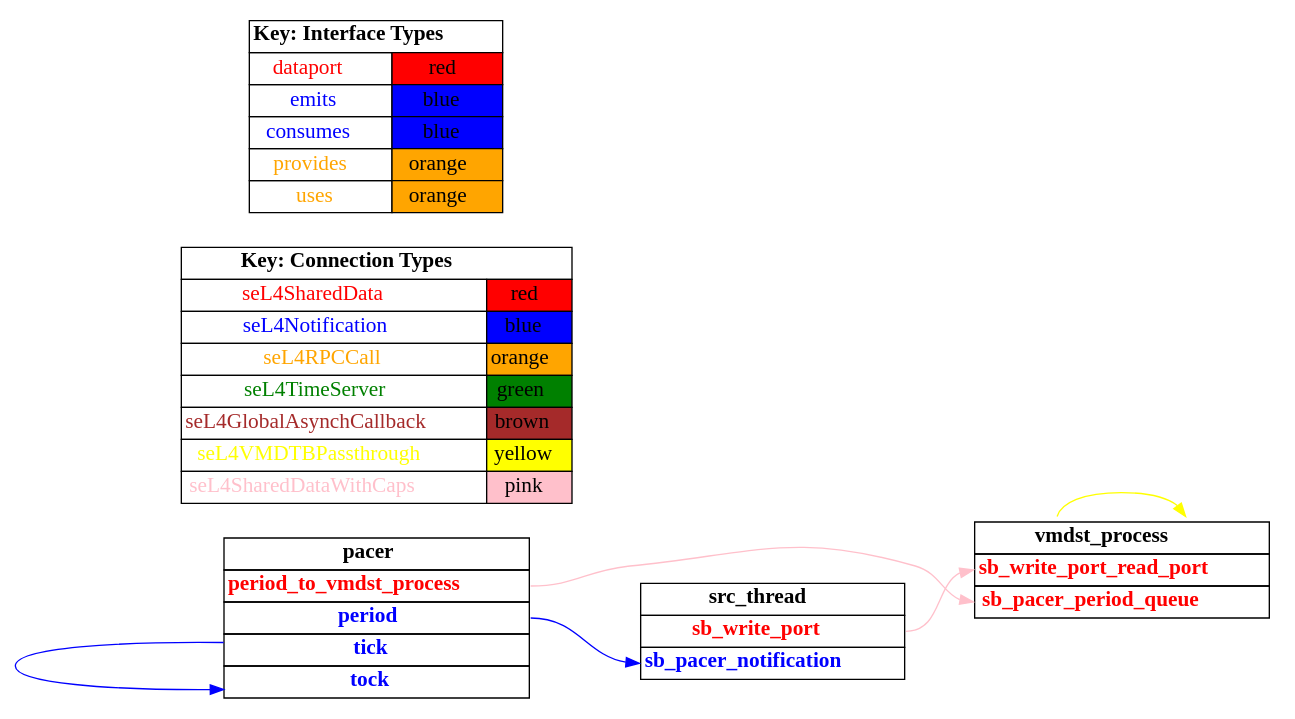
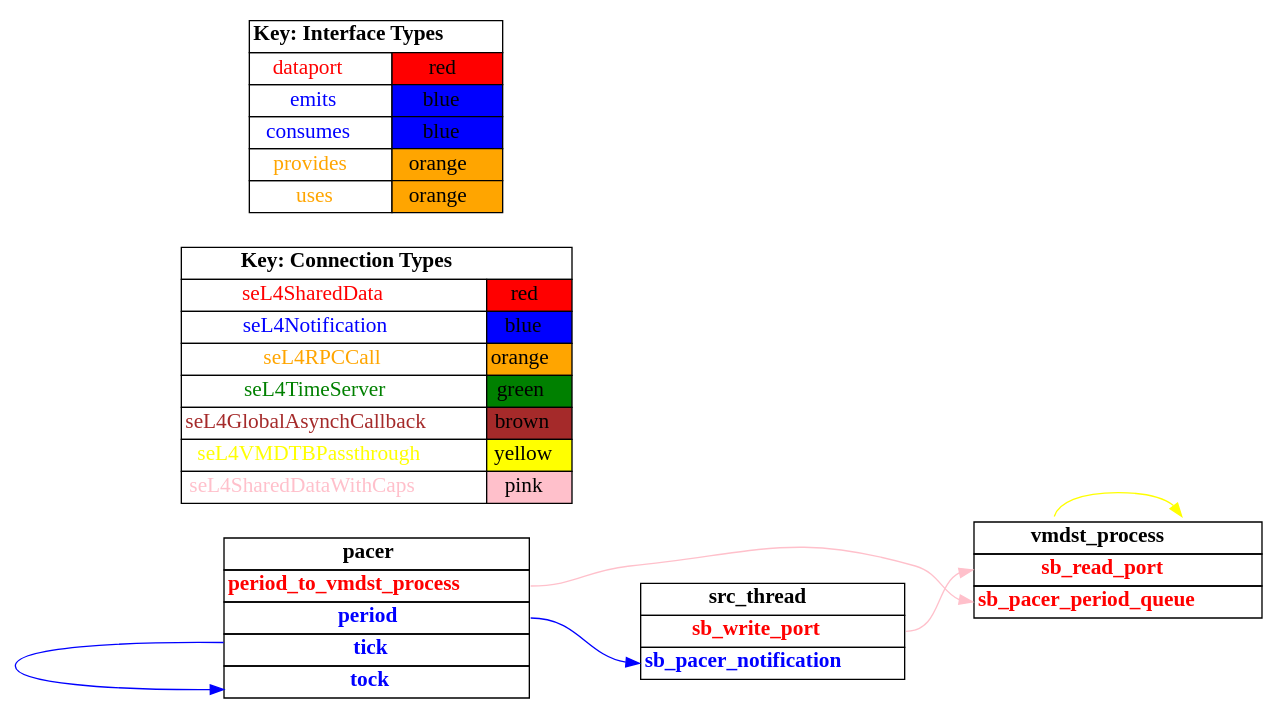
The diagram in TA5/tool-evaluation-4/HAMR/examples/test_data_port_periodic_domains_VM/receiver_vm/CAmkES_seL4_Only/graph_simple.dot (loonwerks/CASE), drawn with Graphviz before and after one commit. The commit also changed 101 other files, not shown here.

```diff
--- a/TA5/tool-evaluation-4/HAMR/examples/test_data_port_periodic_domains_VM/receiver_vm/CAmkES_seL4_Only/graph_simple.dot
+++ b/TA5/tool-evaluation-4/HAMR/examples/test_data_port_periodic_domains_VM/receiver_vm/CAmkES_seL4_Only/graph_simple.dot
@@ -1,108 +1,108 @@
 digraph g {
 graph [
   overlap = false,
   rankdir = "LR"
 ];
 node [
   fontsize = "16",
   shape = "ellipse"
 ];
 edge [
 ];
 
 src_thread [
   label=<
     <TABLE BORDER="0" CELLBORDER="1" CELLSPACING="0">
       <TR><TD><B>src_thread</B></TD></TR>
       <TR><TD PORT="sb_write_port"><FONT COLOR="red"><B>sb_write_port</B></FONT></TD></TR>
       <TR><TD PORT="sb_pacer_notification"><FONT COLOR="blue"><B>sb_pacer_notification</B></FONT></TD></TR>"
     </TABLE>
   >
   shape=plaintext
 ];
 
 vmdst_process [
   label=<
     <TABLE BORDER="0" CELLBORDER="1" CELLSPACING="0">
       <TR><TD><B>vmdst_process</B></TD></TR>
-      <TR><TD PORT="sb_write_port_read_port"><FONT COLOR="red"><B>sb_write_port_read_port</B></FONT></TD></TR>
+      <TR><TD PORT="sb_read_port"><FONT COLOR="red"><B>sb_read_port</B></FONT></TD></TR>
       <TR><TD PORT="sb_pacer_period_queue"><FONT COLOR="red"><B>sb_pacer_period_queue</B></FONT></TD></TR>"
     </TABLE>
   >
   shape=plaintext
 ];
 
 pacer [
   label=<
     <TABLE BORDER="0" CELLBORDER="1" CELLSPACING="0">
       <TR><TD><B>pacer</B></TD></TR>
       <TR><TD PORT="period_to_vmdst_process"><FONT COLOR="red"><B>period_to_vmdst_process</B></FONT></TD></TR>
       <TR><TD PORT="period"><FONT COLOR="blue"><B>period</B></FONT></TD></TR>
       <TR><TD PORT="tick"><FONT COLOR="blue"><B>tick</B></FONT></TD></TR>
       <TR><TD PORT="tock"><FONT COLOR="blue"><B>tock</B></FONT></TD></TR>"
     </TABLE>
   >
   shape=plaintext
 ];
 
 connectiontypekey [
   label=<
    <TABLE BORDER="0" CELLBORDER="1" CELLSPACING="0">
      <TR><TD COLSPAN="2"><B>Key: Connection Types</B></TD></TR>
      <TR><TD><FONT COLOR="red">seL4SharedData</FONT></TD><TD BGCOLOR="red">red</TD></TR>
      <TR><TD><FONT COLOR="blue">seL4Notification</FONT></TD><TD BGCOLOR="blue">blue</TD></TR>
      <TR><TD><FONT COLOR="orange">seL4RPCCall</FONT></TD><TD BGCOLOR="orange">orange</TD></TR>
      <TR><TD><FONT COLOR="green">seL4TimeServer</FONT></TD><TD BGCOLOR="green">green</TD></TR>
      <TR><TD><FONT COLOR="brown">seL4GlobalAsynchCallback</FONT></TD><TD BGCOLOR="brown">brown</TD></TR>
      <TR><TD><FONT COLOR="yellow">seL4VMDTBPassthrough</FONT></TD><TD BGCOLOR="yellow">yellow</TD></TR>
      <TR><TD><FONT COLOR="pink">seL4SharedDataWithCaps</FONT></TD><TD BGCOLOR="pink">pink</TD></TR>
    </TABLE>
   >
   shape=plaintext
 ];
 
 interfacetypekey [
   label=<
    <TABLE BORDER="0" CELLBORDER="1" CELLSPACING="0">
      <TR><TD COLSPAN="2"><B>Key: Interface Types</B></TD></TR>
      <TR><TD><FONT COLOR="red">dataport</FONT></TD><TD BGCOLOR="red">red</TD></TR>
      <TR><TD><FONT COLOR="blue">emits</FONT></TD><TD BGCOLOR="blue">blue</TD></TR>
      <TR><TD><FONT COLOR="blue">consumes</FONT></TD><TD BGCOLOR="blue">blue</TD></TR>
      <TR><TD><FONT COLOR="orange">provides</FONT></TD><TD BGCOLOR="orange">orange</TD></TR>
      <TR><TD><FONT COLOR="orange">uses</FONT></TD><TD BGCOLOR="orange">orange</TD></TR>
    </TABLE>
   >
   shape=plaintext
 ];
 
 "vmdst_process":dtb_self -> "vmdst_process":dtb [
   color="yellow"
   //label = "seL4VMDTBPassthrough"
   id = conn1
 ];
 
-"src_thread":sb_write_port -> "vmdst_process":sb_write_port_read_port [
+"src_thread":sb_write_port -> "vmdst_process":sb_read_port [
   color="pink"
   //label = "seL4SharedDataWithCaps"
   id = conn2
 ];
 
 "pacer":tick -> "pacer":tock [
   color="blue"
   //label = "seL4Notification"
   id = conn3
 ];
 
 "pacer":period -> "src_thread":sb_pacer_notification [
   color="blue"
   //label = "seL4Notification"
   id = conn4
 ];
 
 "pacer":period_to_vmdst_process -> "vmdst_process":sb_pacer_period_queue [
   color="pink"
   //label = "seL4SharedDataWithCaps"
   id = conn5
 ];
 
 }
```
